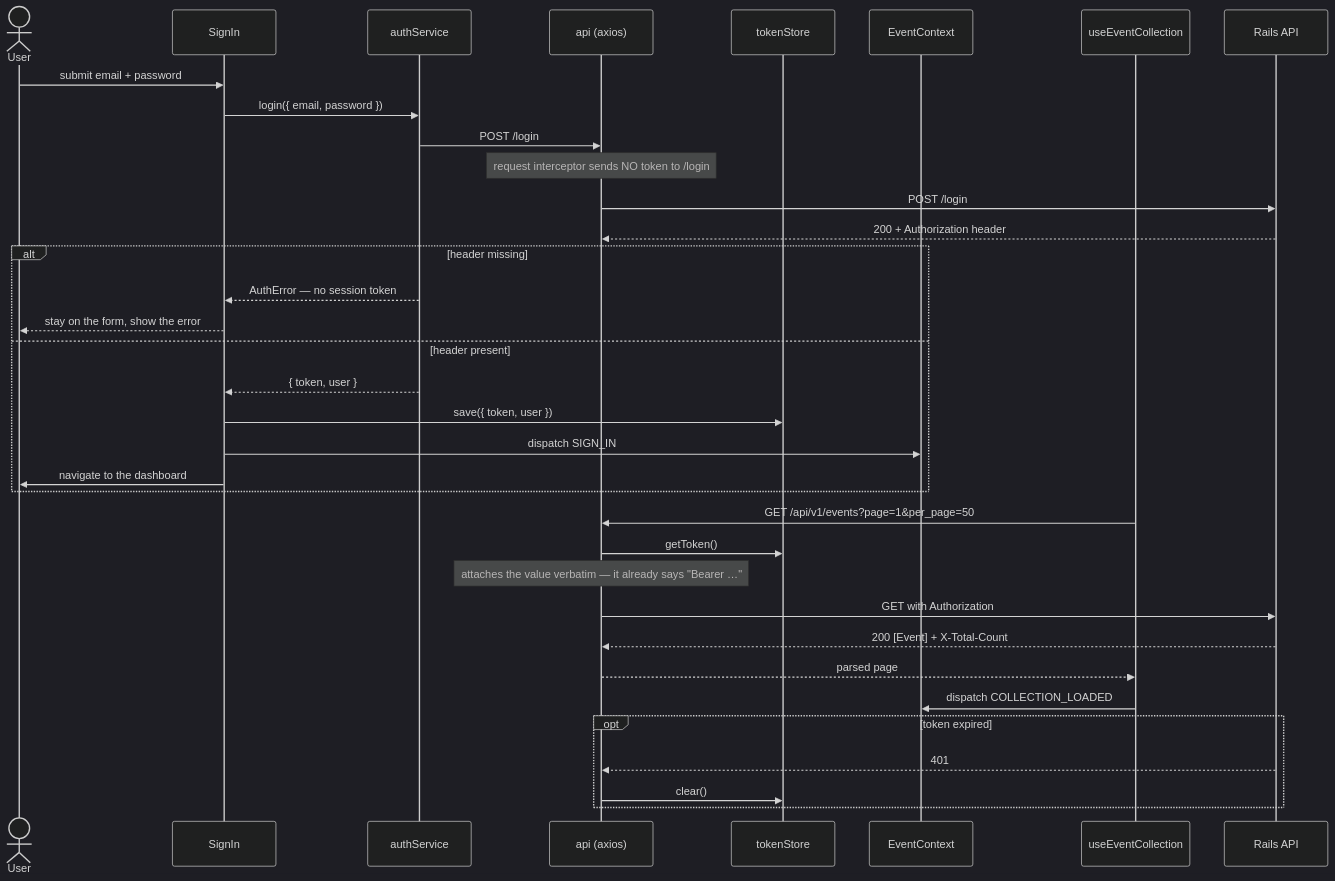
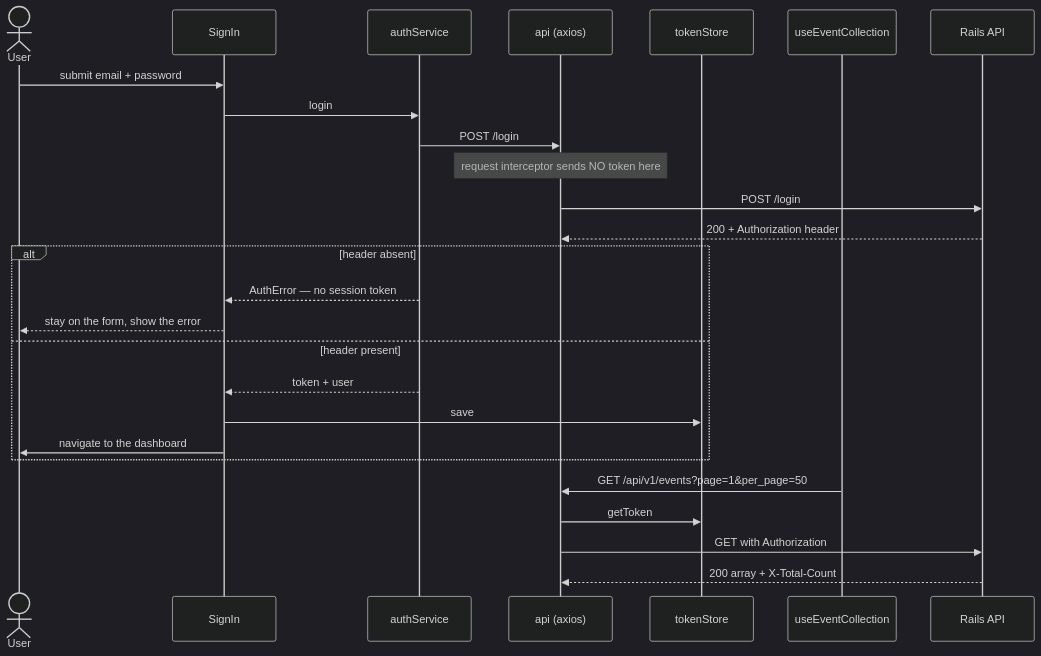
One commit to TCMS31/event_management_FE changed the first of 2 diagrams in README.md. Above: the diagram before and after it, drawn with Mermaid (dark theme). The commit also changed other lines of this file, not shown here.

````diff
--- a/README.md
+++ b/README.md
@@ -89,40 +54,30 @@
 ```mermaid
 sequenceDiagram
   actor User
   participant SignIn
-  participant AuthSvc as authService
+  participant Auth as authService
   participant Client as api (axios)
   participant Store as tokenStore
-  participant Ctx as EventContext
   participant Hook as useEventCollection
   participant API as Rails API
 
   User->>SignIn: submit email + password
-  SignIn->>AuthSvc: login({ email, password })
-  AuthSvc->>Client: POST /login
-  Note over Client: request interceptor sends NO token to /login
+  SignIn->>Auth: login
+  Auth->>Client: POST /login
+  Note over Client: request interceptor sends NO token here
   Client->>API: POST /login
   API-->>Client: 200 + Authorization header
-  alt header missing
-    AuthSvc-->>SignIn: AuthError — no session token
+  alt header absent
+    Auth-->>SignIn: AuthError — no session token
     SignIn-->>User: stay on the form, show the error
   else header present
-    AuthSvc-->>SignIn: { token, user }
-    SignIn->>Store: save({ token, user })
-    SignIn->>Ctx: dispatch SIGN_IN
+    Auth-->>SignIn: token + user
+    SignIn->>Store: save
     SignIn->>User: navigate to the dashboard
   end
 
   Hook->>Client: GET /api/v1/events?page=1&per_page=50
-  Client->>Store: getToken()
-  Note over Client: attaches the value verbatim — it already says "Bearer …"
+  Client->>Store: getToken
   Client->>API: GET with Authorization
-  API-->>Client: 200 [Event] + X-Total-Count
-  Client-->>Hook: parsed page
-  Hook->>Ctx: dispatch COLLECTION_LOADED
-
-  opt token expired
-    API-->>Client: 401
-    Client->>Store: clear()
-  end
+  API-->>Client: 200 array + X-Total-Count
 ```
````
